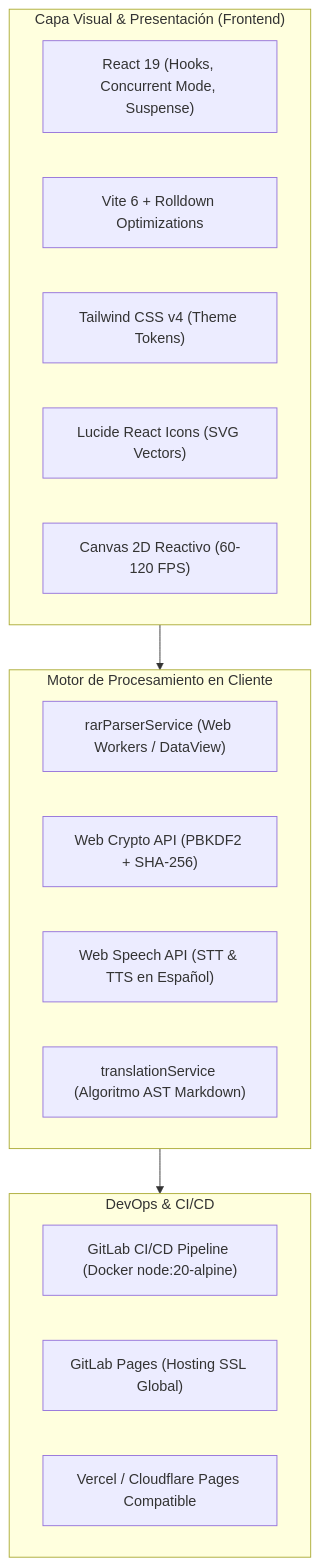
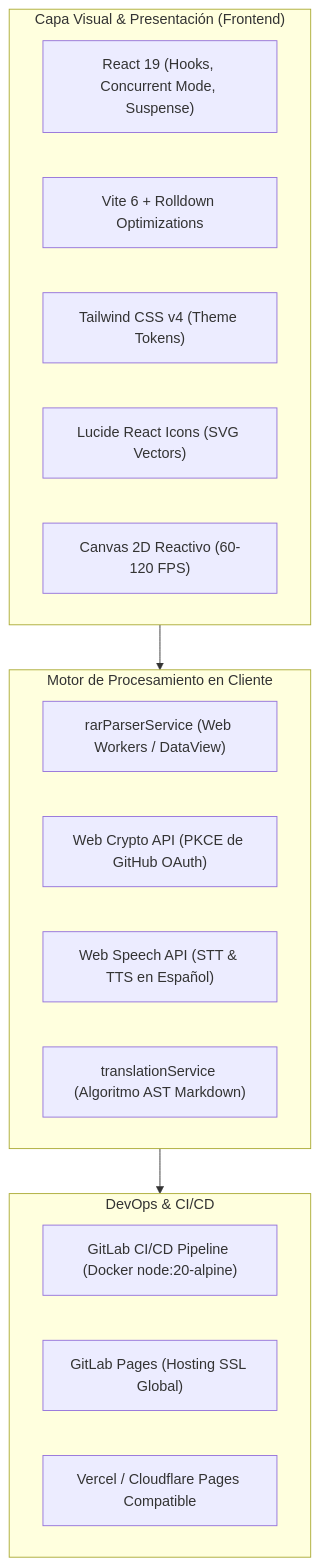
Before and after one commit to SuarezCaceres/ai-skills-studio: the diagram in README.md, drawn with Mermaid. The commit also changed other lines of this file and 22 other files, not shown here.

````diff
--- a/README.md
+++ b/README.md
@@ -61,26 +61,26 @@
 ```mermaid
 flowchart TD
     subgraph UI["Capa Visual & Presentación (Frontend)"]
         REACT["React 19 (Hooks, Concurrent Mode, Suspense)"]
         VITE["Vite 6 + Rolldown Optimizations"]
         TAILWIND["Tailwind CSS v4 (Theme Tokens)"]
         LUCIDE["Lucide React Icons (SVG Vectors)"]
         CANVAS["Canvas 2D Reactivo (60-120 FPS)"]
     end
 
     subgraph ENGINE["Motor de Procesamiento en Cliente"]
         RAR["rarParserService (Web Workers / DataView)"]
-        CRYPTO["Web Crypto API (PBKDF2 + SHA-256)"]
+        CRYPTO["Web Crypto API (PKCE de GitHub OAuth)"]
         SPEECH["Web Speech API (STT & TTS en Español)"]
         TRANSLATE["translationService (Algoritmo AST Markdown)"]
     end
 
     subgraph DEVOPS["DevOps & CI/CD"]
         GITLAB["GitLab CI/CD Pipeline (Docker node:20-alpine)"]
         PAGES["GitLab Pages (Hosting SSL Global)"]
         VERCEL["Vercel / Cloudflare Pages Compatible"]
     end
 
     UI --> ENGINE
     ENGINE --> DEVOPS
 ```
````
